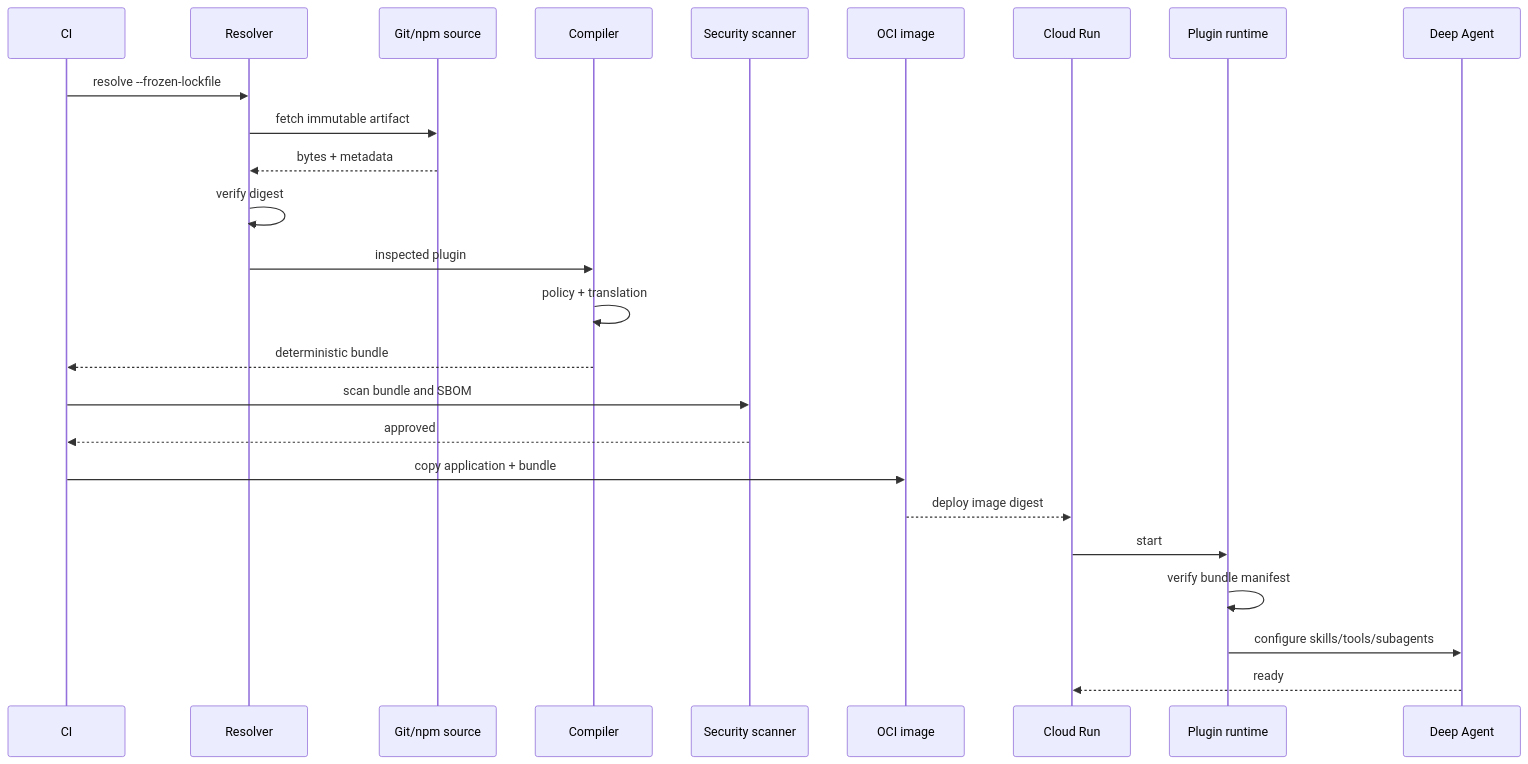
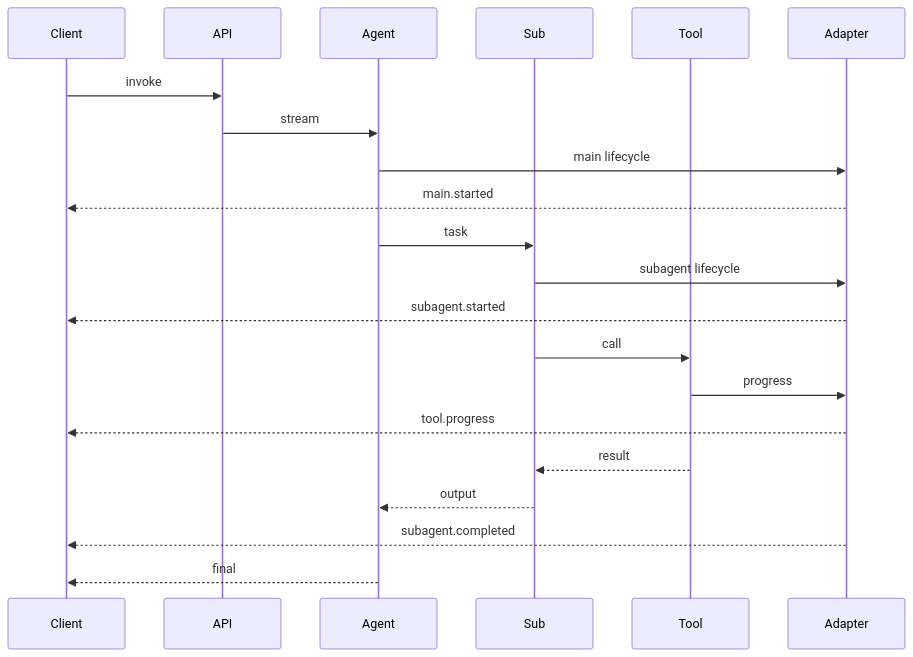
Before and after one commit to yu-iskw/deepagents-plugin-resolver-ts: the seventh of 9 diagrams in RFC.md, drawn with Mermaid. The commit also changed other lines of this file and 3 other files, not shown here.

First line of the commit message:
docs: adopt expanded v2 RFC and update architecture, compatibility, and threat-model docs

````diff
--- a/RFC.md
+++ b/RFC.md
@@ -2453,28 +1028,24 @@
 ```mermaid
 sequenceDiagram
-    participant CI as CI
-    participant Resolver as Resolver
-    participant Registry as Git/npm source
-    participant Compiler as Compiler
-    participant Scanner as Security scanner
-    participant Image as OCI image
-    participant CloudRun as Cloud Run
-    participant Runtime as Plugin runtime
-    participant Agent as Deep Agent
+    participant Client
+    participant API
+    participant Agent
+    participant Sub
+    participant Tool
+    participant Adapter
 
-    CI->>Resolver: resolve --frozen-lockfile
-    Resolver->>Registry: fetch immutable artifact
-    Registry-->>Resolver: bytes + metadata
-    Resolver->>Resolver: verify digest
-    Resolver->>Compiler: inspected plugin
-    Compiler->>Compiler: policy + translation
-    Compiler-->>CI: deterministic bundle
-    CI->>Scanner: scan bundle and SBOM
-    Scanner-->>CI: approved
-    CI->>Image: copy application + bundle
-    Image-->>CloudRun: deploy image digest
-    CloudRun->>Runtime: start
-    Runtime->>Runtime: verify bundle manifest
-    Runtime->>Agent: configure skills/tools/subagents
-    Agent-->>CloudRun: ready
+    Client->>API: invoke
+    API->>Agent: stream
+    Agent->>Adapter: main lifecycle
+    Adapter-->>Client: main.started
+    Agent->>Sub: task
+    Sub->>Adapter: subagent lifecycle
+    Adapter-->>Client: subagent.started
+    Sub->>Tool: call
+    Tool->>Adapter: progress
+    Adapter-->>Client: tool.progress
+    Tool-->>Sub: result
+    Sub-->>Agent: output
+    Adapter-->>Client: subagent.completed
+    Agent-->>Client: final
 ```
````
